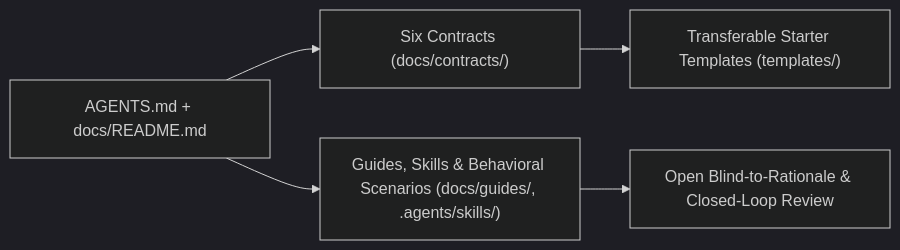
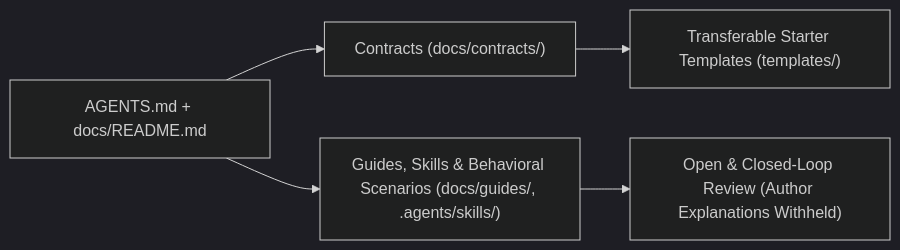
One commit to aaaAlexanderaaa/template-project changed the diagram in docs/specs/discipline/README.md. Above: the diagram before and after it, drawn with Mermaid (dark theme). The commit also changed other lines of this file and 54 other files, not shown here.

````diff
--- a/docs/specs/discipline/README.md
+++ b/docs/specs/discipline/README.md
@@ -17,7 +17,7 @@
 ```mermaid
 flowchart LR
-  Entry["AGENTS.md + docs/README.md"] --> Contracts["Six Contracts (docs/contracts/)"]
+  Entry["AGENTS.md + docs/README.md"] --> Contracts["Contracts (docs/contracts/)"]
   Entry --> Guides["Guides, Skills & Behavioral Scenarios (docs/guides/, .agents/skills/)"]
   Contracts --> Templates["Transferable Starter Templates (templates/)"]
-  Guides --> Review["Open Blind-to-Rationale & Closed-Loop Review"]
+  Guides --> Review["Open & Closed-Loop Review (Author Explanations Withheld)"]
 ```
````
